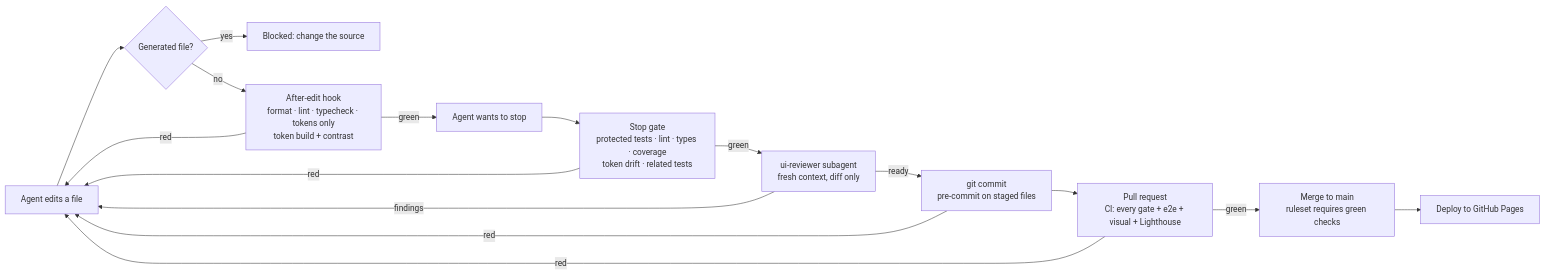
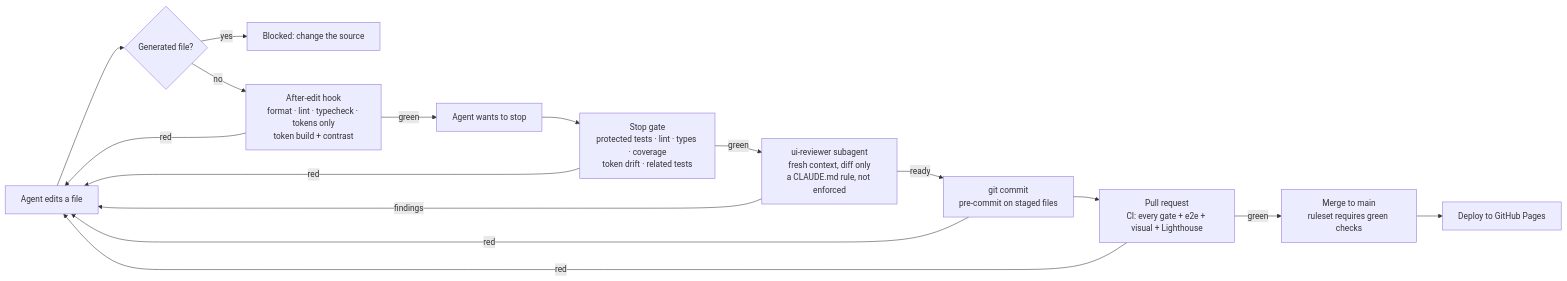
The diagram in docs/harness.md (nahero/DS-engine), drawn with Mermaid before and after one commit. The commit also changed other lines of this file and 6 other files, not shown here.

````diff
--- a/docs/harness.md
+++ b/docs/harness.md
@@ -7,18 +7,18 @@
 ```mermaid
 flowchart LR
   E[Agent edits a file] --> G{Generated file?}
   G -- yes --> B1[Blocked: change the source]
   G -- no --> A[After-edit hook<br/>format · lint · typecheck · tokens only<br/>token build + contrast]
   A -- red --> E
   A -- green --> S[Agent wants to stop]
   S --> D[Stop gate<br/>protected tests · lint · types · coverage<br/>token drift · related tests]
   D -- red --> E
-  D -- green --> R[ui-reviewer subagent<br/>fresh context, diff only]
+  D -- green --> R[ui-reviewer subagent<br/>fresh context, diff only<br/>a CLAUDE.md rule, not enforced]
   R -- findings --> E
   R -- ready --> C[git commit<br/>pre-commit on staged files]
   C -- red --> E
   C --> P[Pull request<br/>CI: every gate + e2e + visual + Lighthouse]
   P -- red --> E
   P -- green --> M[Merge to main<br/>ruleset requires green checks]
   M --> L[Deploy to GitHub Pages]
 ```
````
